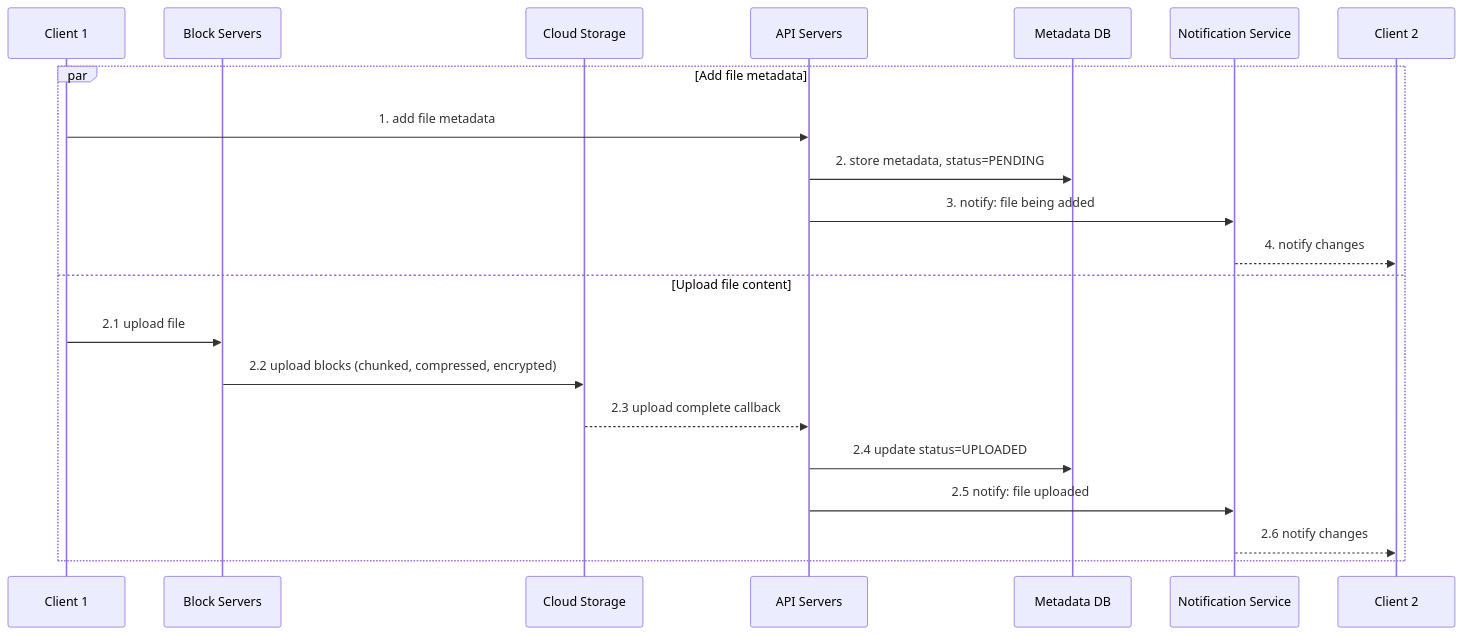
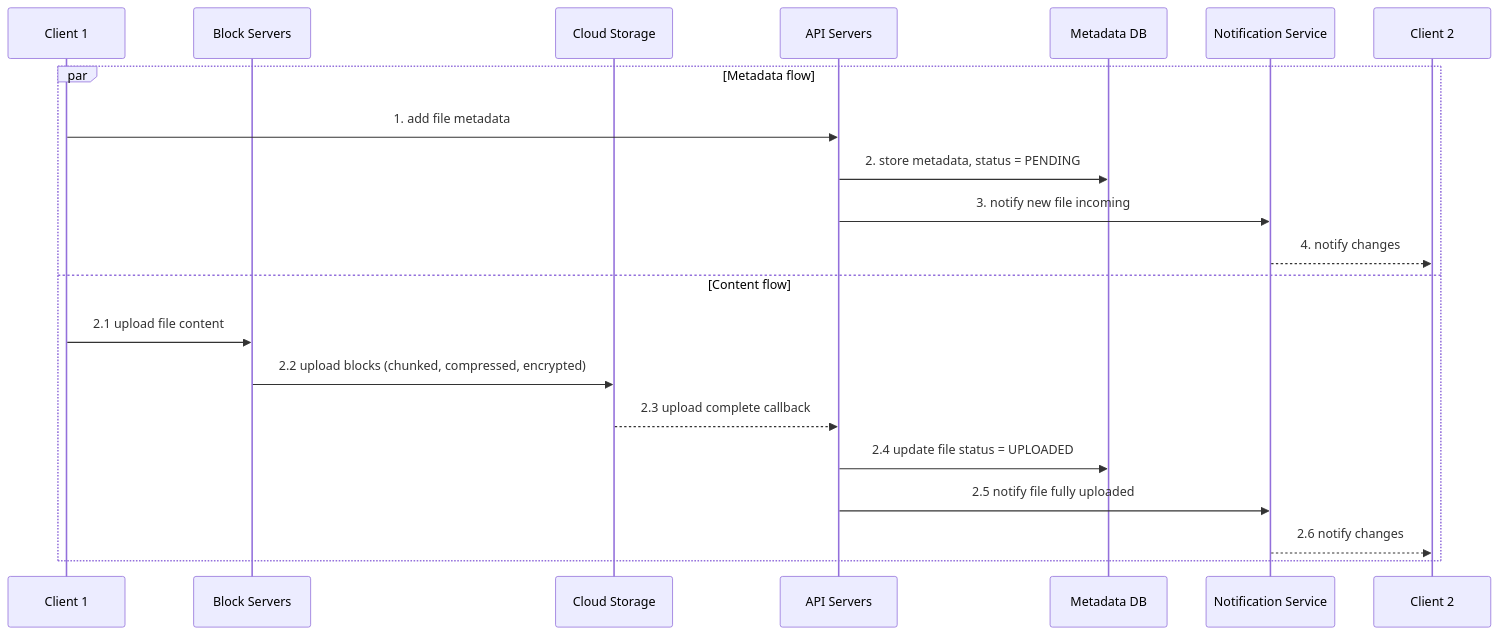
Before and after one commit to Arnavjain1703/HLD: diagram 11 of 16 in google-drive-system-design.md, drawn with Mermaid. The commit also changed other lines of this file, not shown here.

````diff
--- a/google-drive-system-design.md
+++ b/google-drive-system-design.md
@@ -370,24 +389,24 @@
 ```mermaid
 sequenceDiagram
     participant C1 as Client 1
     participant BS as Block Servers
     participant CS as Cloud Storage
     participant API as API Servers
     participant MDB as Metadata DB
     participant NS as Notification Service
     participant C2 as Client 2
 
-    par Add file metadata
+    par Metadata flow
         C1->>API: 1. add file metadata
-        API->>MDB: 2. store metadata, status=PENDING
-        API->>NS: 3. notify: file being added
+        API->>MDB: 2. store metadata, status = PENDING
+        API->>NS: 3. notify new file incoming
         NS-->>C2: 4. notify changes
-    and Upload file content
-        C1->>BS: 2.1 upload file
+    and Content flow
+        C1->>BS: 2.1 upload file content
         BS->>CS: 2.2 upload blocks (chunked, compressed, encrypted)
         CS-->>API: 2.3 upload complete callback
-        API->>MDB: 2.4 update status=UPLOADED
-        API->>NS: 2.5 notify: file uploaded
+        API->>MDB: 2.4 update file status = UPLOADED
+        API->>NS: 2.5 notify file fully uploaded
         NS-->>C2: 2.6 notify changes
     end
 ```
````
